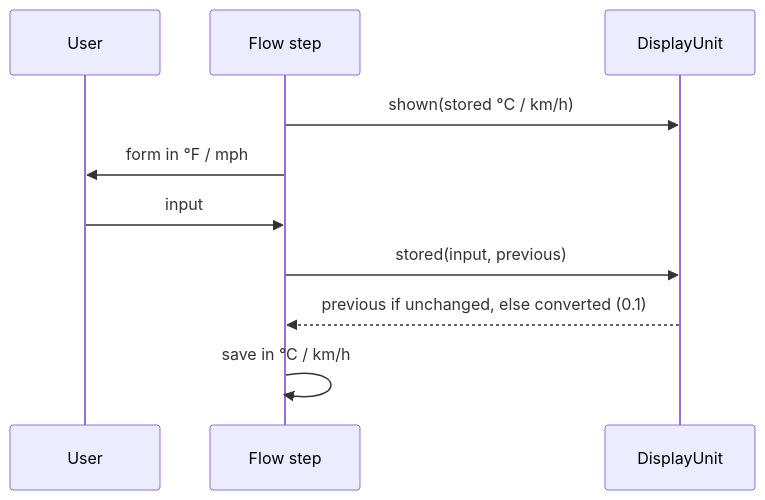
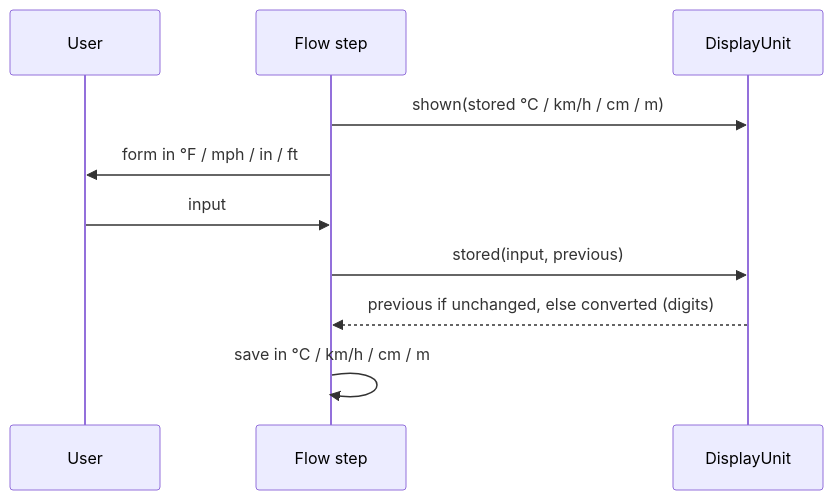
One commit to abroeders/smart-shutter-control changed diagram 40 of 40 in docs/architecture.md. Above: the diagram before and after it, drawn with Mermaid. The commit also changed other lines of this file and 14 other files, not shown here.

````diff
--- a/docs/architecture.md
+++ b/docs/architecture.md
@@ -1328,12 +1335,12 @@
 ```mermaid
 sequenceDiagram
     participant U as User
     participant F as Flow step
     participant D as DisplayUnit
-    F->>D: shown(stored °C / km/h)
-    F->>U: form in °F / mph
+    F->>D: shown(stored °C / km/h / cm / m)
+    F->>U: form in °F / mph / in / ft
     U->>F: input
     F->>D: stored(input, previous)
-    D-->>F: previous if unchanged, else converted (0.1)
-    F->>F: save in °C / km/h
+    D-->>F: previous if unchanged, else converted (digits)
+    F->>F: save in °C / km/h / cm / m
 ```
````
